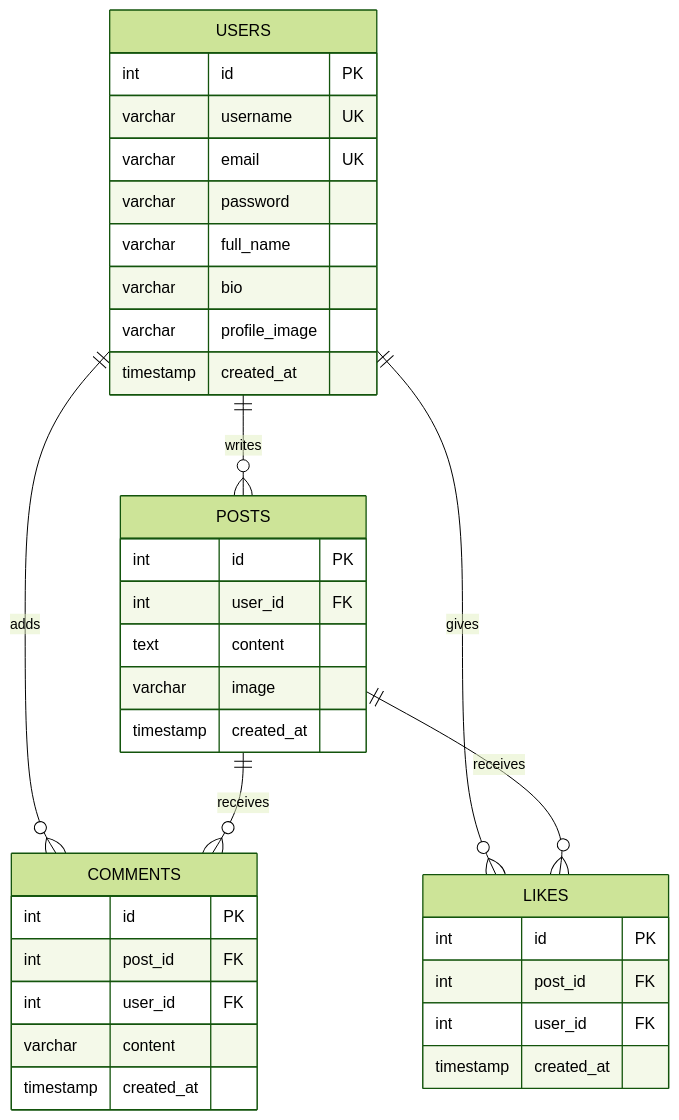
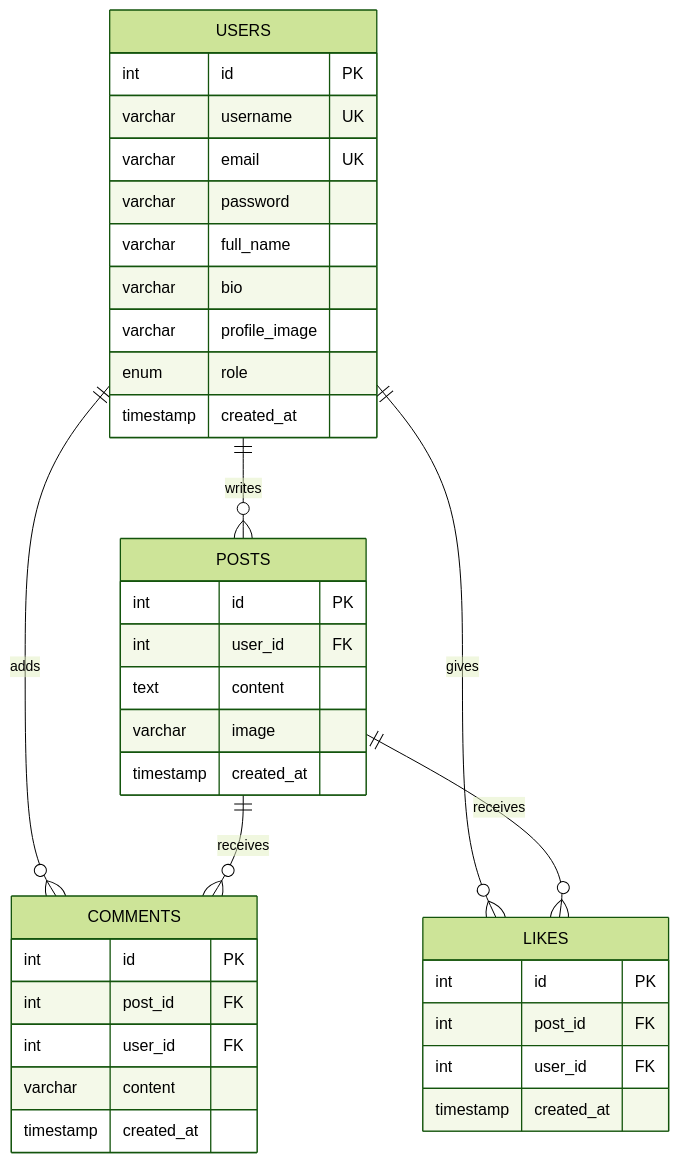
Before and after one commit to algarmeclarkjustin/mini-social: the diagram in sql/ERD.md, drawn with Mermaid (forest theme). The commit also changed 15 other files, not shown here.

````diff
--- a/sql/ERD.md
+++ b/sql/ERD.md
@@ -3,39 +3,40 @@
 ```mermaid
 erDiagram
     USERS ||--o{ POSTS : writes
     USERS ||--o{ COMMENTS : adds
     POSTS ||--o{ COMMENTS : receives
     USERS ||--o{ LIKES : gives
     POSTS ||--o{ LIKES : receives
 
     USERS {
         int id PK
         varchar username UK
         varchar email UK
         varchar password
         varchar full_name
         varchar bio
         varchar profile_image
+        enum role
         timestamp created_at
     }
     POSTS {
         int id PK
         int user_id FK
         text content
         varchar image
         timestamp created_at
     }
     COMMENTS {
         int id PK
         int post_id FK
         int user_id FK
         varchar content
         timestamp created_at
     }
     LIKES {
         int id PK
         int post_id FK
         int user_id FK
         timestamp created_at
     }
 ```
````
